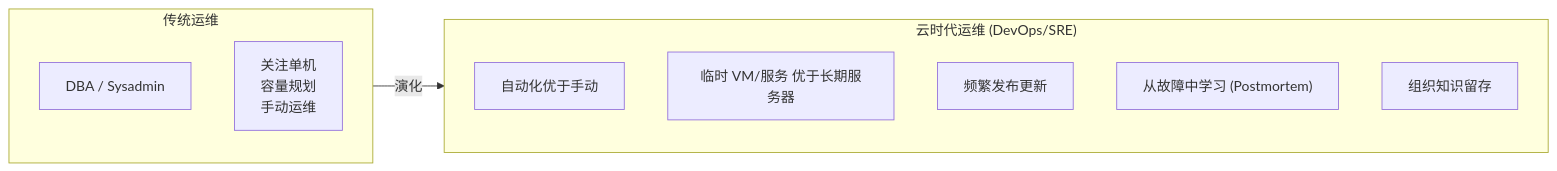
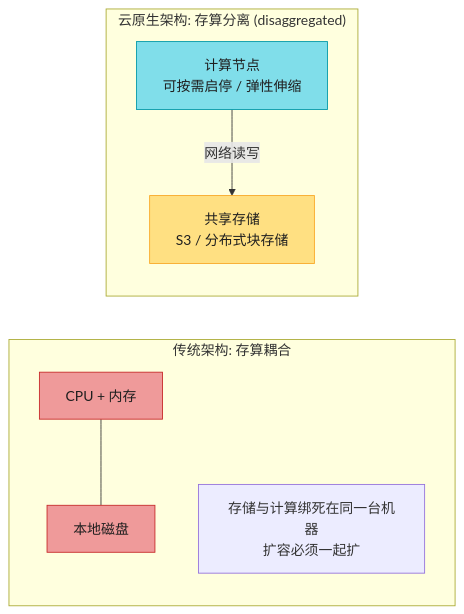
Before and after one commit to socoo123/ddia_2nd: the ninth of 14 diagrams in ch01-数据系统架构的权衡取舍.md, drawn with Mermaid. The commit also changed other lines of this file and 8 other files, not shown here.

First line of the commit message:
重写 ch01-ch09 读书笔记：风格统一 + 内容扩充 + 大量图表

````diff
--- a/ch01-数据系统架构的权衡取舍.md
+++ b/ch01-数据系统架构的权衡取舍.md
@@ -262,17 +342,22 @@
 ```mermaid
-graph LR
-    subgraph Traditional["传统运维"]
-        T1["DBA / Sysadmin"]
-        T2["关注单机<br/>容量规划<br/>手动运维"]
+flowchart LR
+    subgraph TRAD["传统架构: 存算耦合"]
+        direction TB
+        T1["CPU + 内存"]
+        T2["本地磁盘"]
+        T1 --- T2
+        T3["存储与计算绑死在同一台机器<br/>扩容必须一起扩"]
     end
 
-    subgraph Modern["云时代运维 (DevOps/SRE)"]
-        M1["自动化优于手动"]
-        M2["临时 VM/服务 优于长期服务器"]
-        M3["频繁发布更新"]
-        M4["从故障中学习 (Postmortem)"]
-        M5["组织知识留存"]
+    subgraph CN["云原生架构: 存算分离 (disaggregated)"]
+        direction TB
+        C1["计算节点<br/>可按需启停 / 弹性伸缩"]
+        C2["共享存储<br/>S3 / 分布式块存储"]
+        C1 -->|"网络读写"| C2
     end
 
-    Traditional -->|"演化"| Modern
+    style T1 fill:#EF9A9A,stroke:#C62828,color:#1f1f1f
+    style T2 fill:#EF9A9A,stroke:#C62828,color:#1f1f1f
+    style C1 fill:#80DEEA,stroke:#0097A7,color:#1f1f1f
+    style C2 fill:#FFE082,stroke:#F9A825,color:#1f1f1f
 ```
````
